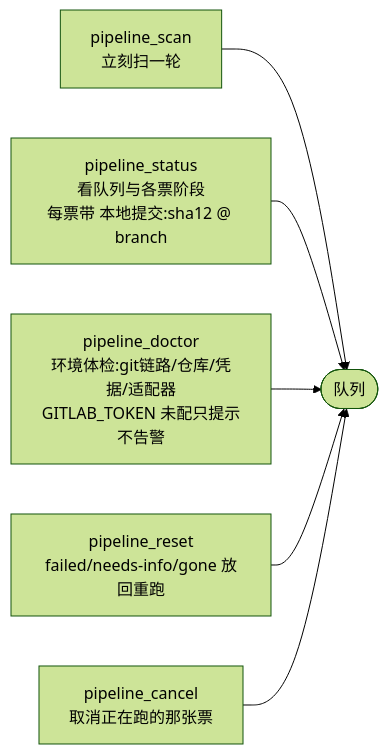
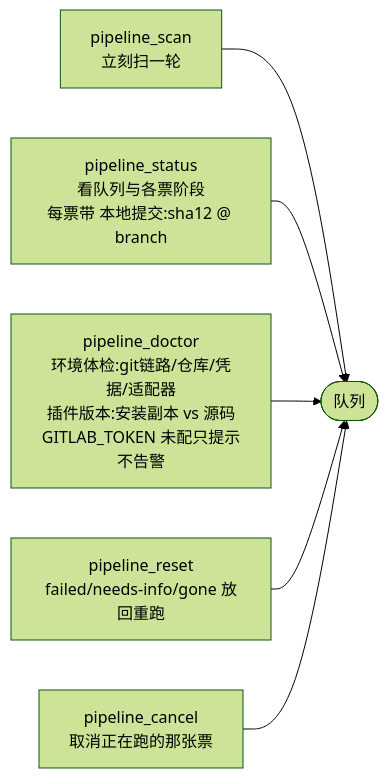
The sixth of 6 diagrams in docs/ticket-pipeline/operation-flow.md (Mentality486/dsh-ticket-pipeline), drawn with Mermaid (forest theme) before and after one commit. The commit also changed other lines of this file and 12 other files, not shown here.

````diff
--- a/docs/ticket-pipeline/operation-flow.md
+++ b/docs/ticket-pipeline/operation-flow.md
@@ -171,8 +171,8 @@
 ```mermaid
 flowchart LR
     T1[pipeline_scan<br/>立刻扫一轮] --> Q([队列])
     T2[pipeline_status<br/>看队列与各票阶段<br/>每票带 本地提交:sha12 @ branch] --> Q
-    T3[pipeline_doctor<br/>环境体检:git链路/仓库/凭据/适配器<br/>GITLAB_TOKEN 未配只提示不告警] --> Q
+    T3[pipeline_doctor<br/>环境体检:git链路/仓库/凭据/适配器<br/>插件版本:安装副本 vs 源码<br/>GITLAB_TOKEN 未配只提示不告警] --> Q
     T4[pipeline_reset<br/>failed/needs-info/gone 放回重跑] --> Q
     T5[pipeline_cancel<br/>取消正在跑的那张票] --> Q
 ```
````
